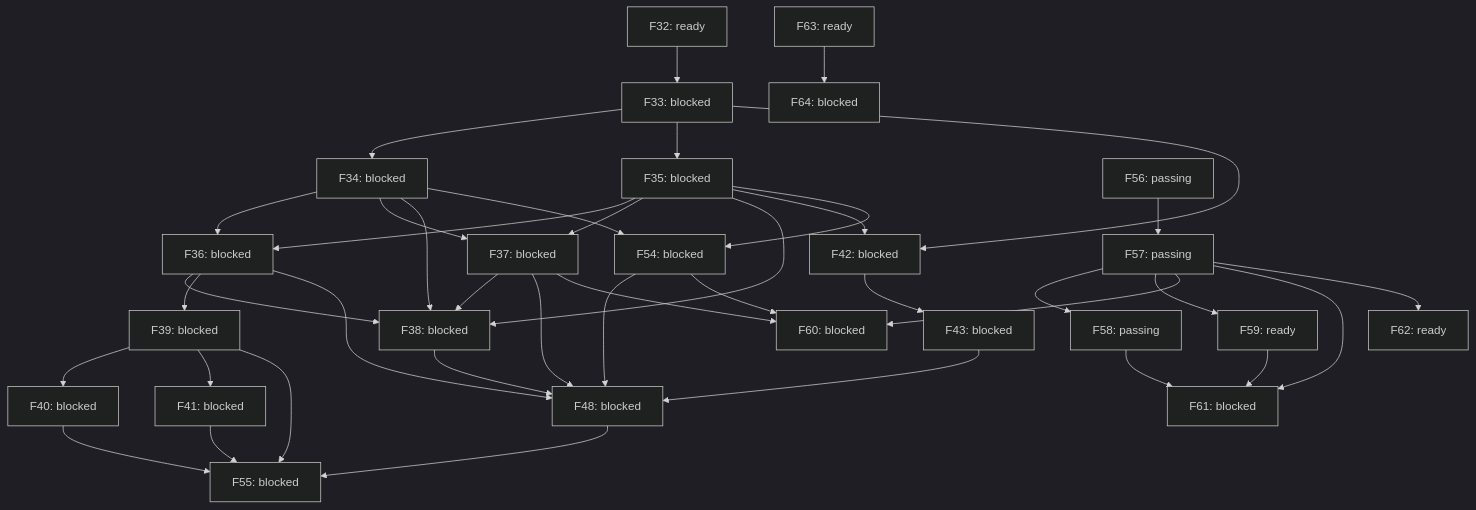
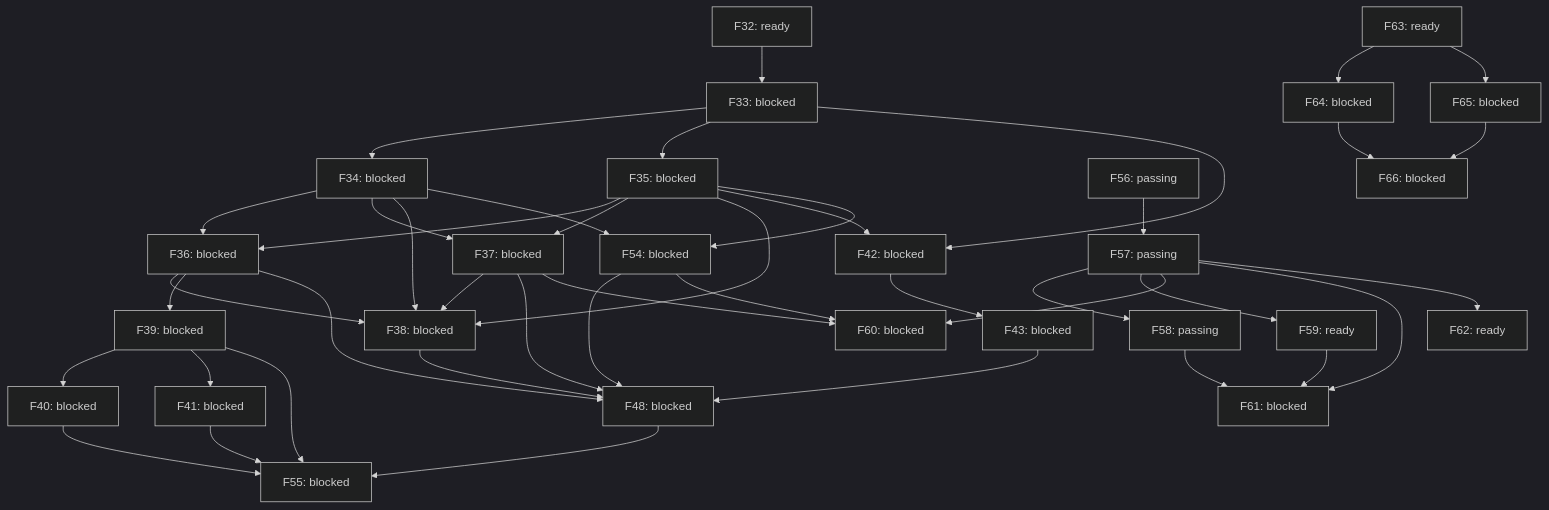
The diagram in docs/roadmap-graph.md (alex-nax/rengine), drawn with Mermaid (dark theme) before and after one commit. The commit also changed other lines of this file and 6 other files, not shown here.

````diff
--- a/docs/roadmap-graph.md
+++ b/docs/roadmap-graph.md
@@ -7,66 +7,71 @@
 ```mermaid
 flowchart TD
   F32["F32: ready"]
   F33["F33: blocked"]
   F32 --> F33
   F34["F34: blocked"]
   F33 --> F34
   F35["F35: blocked"]
   F33 --> F35
   F36["F36: blocked"]
   F34 --> F36
   F35 --> F36
   F37["F37: blocked"]
   F34 --> F37
   F35 --> F37
   F38["F38: blocked"]
   F34 --> F38
   F35 --> F38
   F36 --> F38
   F37 --> F38
   F39["F39: blocked"]
   F36 --> F39
   F40["F40: blocked"]
   F39 --> F40
   F41["F41: blocked"]
   F39 --> F41
   F42["F42: blocked"]
   F33 --> F42
   F35 --> F42
   F43["F43: blocked"]
   F42 --> F43
   F48["F48: blocked"]
   F36 --> F48
   F37 --> F48
   F38 --> F48
   F43 --> F48
   F54 --> F48
   F54["F54: blocked"]
   F34 --> F54
   F35 --> F54
   F55["F55: blocked"]
   F39 --> F55
   F40 --> F55
   F41 --> F55
   F48 --> F55
   F56["F56: passing"]
   F57["F57: passing"]
   F56 --> F57
   F58["F58: passing"]
   F57 --> F58
   F59["F59: ready"]
   F57 --> F59
   F60["F60: blocked"]
   F57 --> F60
   F37 --> F60
   F54 --> F60
   F61["F61: blocked"]
   F57 --> F61
   F58 --> F61
   F59 --> F61
   F62["F62: ready"]
   F57 --> F62
   F63["F63: ready"]
   F64["F64: blocked"]
   F63 --> F64
+  F65["F65: blocked"]
+  F63 --> F65
+  F66["F66: blocked"]
+  F65 --> F66
+  F64 --> F66
 ```
````
